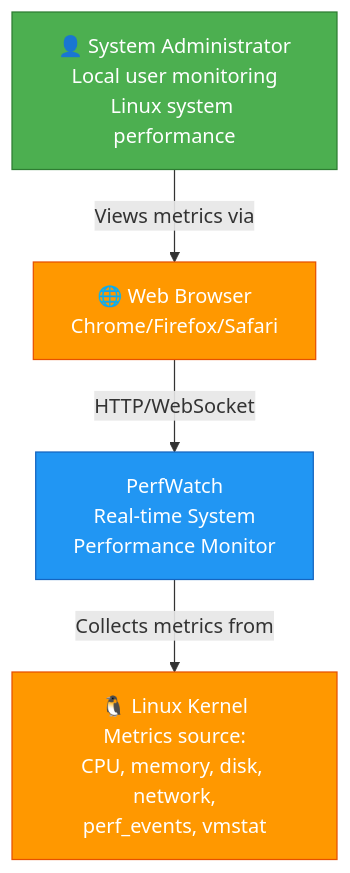
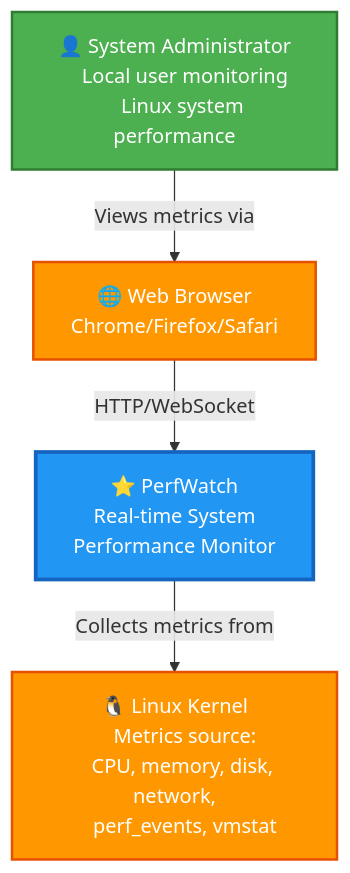
Before and after one commit to zhyndalf/perfwatch: the diagram in docs/diagrams/architects/c4-system-context.md, drawn with Mermaid. The commit also changed 3 other files, not shown here.

First line of the commit message:
docs: fix Mermaid diagrams for GitHub compatibility

````diff
--- a/docs/diagrams/architects/c4-system-context.md
+++ b/docs/diagrams/architects/c4-system-context.md
@@ -11,21 +11,27 @@
 ```mermaid
-graph TB
-    User[👤 System Administrator<br/>Local user monitoring<br/>Linux system performance]
+flowchart TB
+    User["👤 System Administrator
+    Local user monitoring
+    Linux system performance"]
 
-    PerfWatch[PerfWatch<br/>Real-time System<br/>Performance Monitor]
+    PerfWatch["⭐ PerfWatch
+    Real-time System
+    Performance Monitor"]
 
-    Browser[🌐 Web Browser<br/>Chrome/Firefox/Safari]
-    LinuxKernel[🐧 Linux Kernel<br/>Metrics source:<br/>CPU, memory, disk, network,<br/>perf_events, vmstat]
+    Browser["🌐 Web Browser
+    Chrome/Firefox/Safari"]
+
+    LinuxKernel["🐧 Linux Kernel
+    Metrics source:
+    CPU, memory, disk, network,
+    perf_events, vmstat"]
 
     User -->|Views metrics via| Browser
     Browser -->|HTTP/WebSocket| PerfWatch
     PerfWatch -->|Collects metrics from| LinuxKernel
 
-    classDef userStyle fill:#4CAF50,stroke:#2E7D32,color:#fff
-    classDef systemStyle fill:#2196F3,stroke:#1565C0,color:#fff
-    classDef externalStyle fill:#FF9800,stroke:#E65100,color:#fff
-
-    class User userStyle
-    class PerfWatch systemStyle
-    class Browser,LinuxKernel externalStyle
+    style User fill:#4CAF50,stroke:#2E7D32,stroke-width:2px,color:#fff
+    style PerfWatch fill:#2196F3,stroke:#1565C0,stroke-width:3px,color:#fff
+    style Browser fill:#FF9800,stroke:#E65100,stroke-width:2px,color:#fff
+    style LinuxKernel fill:#FF9800,stroke:#E65100,stroke-width:2px,color:#fff
 ```
````
